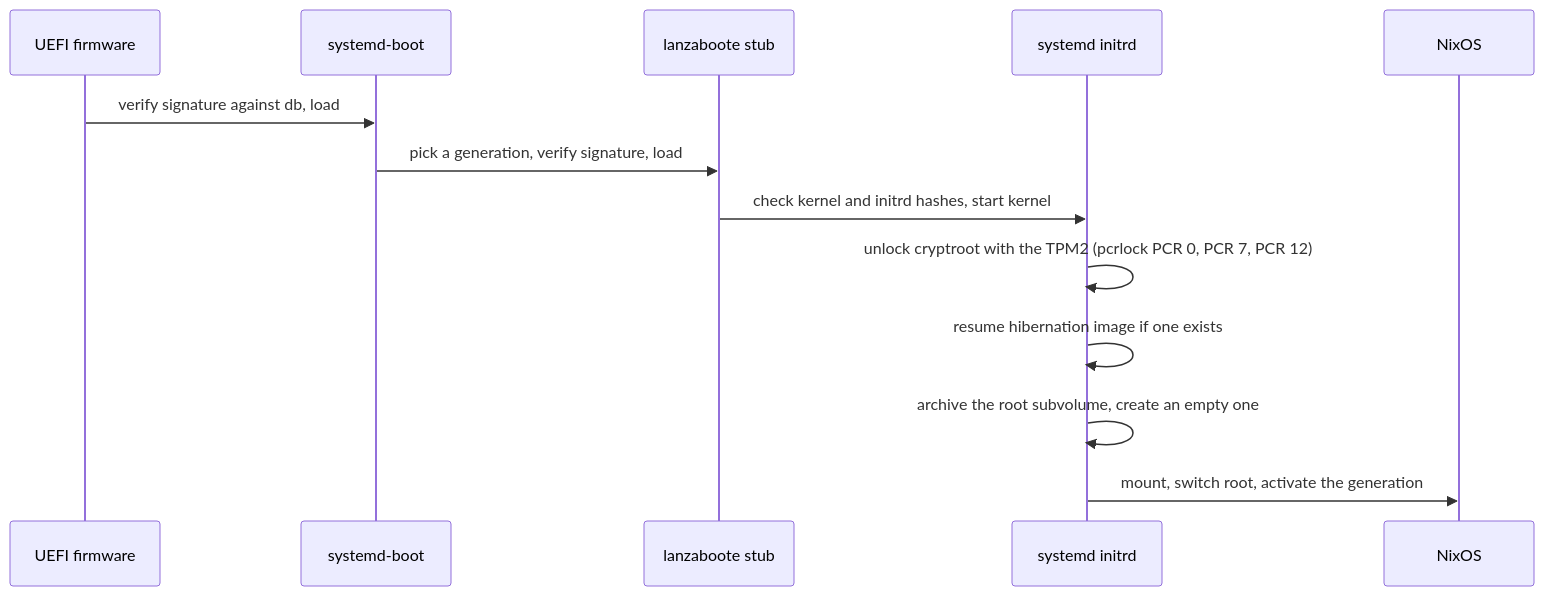
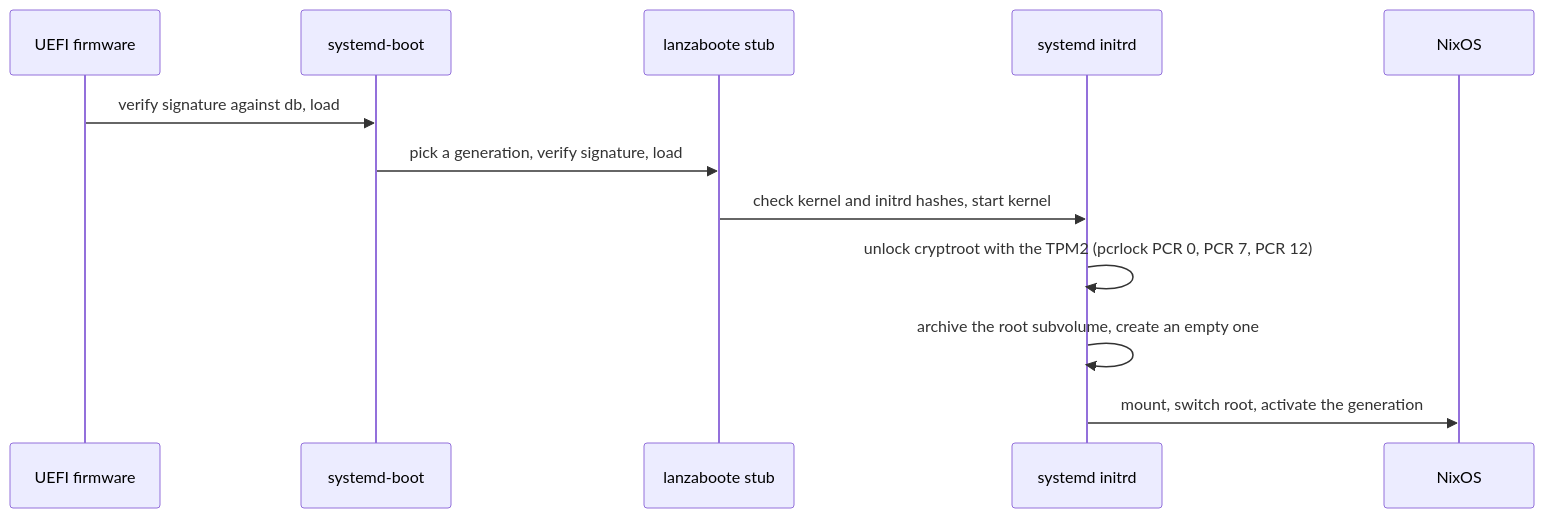
One commit to Mowsoon/nixos_config changed the diagram in docs/architecture/boot-chain.md. Above: the diagram before and after it, drawn with Mermaid. The commit also changed other lines of this file and 33 other files, not shown here.

````diff
--- a/docs/architecture/boot-chain.md
+++ b/docs/architecture/boot-chain.md
@@ -9,15 +9,14 @@
 ```mermaid
 sequenceDiagram
   participant FW as UEFI firmware
   participant SB as systemd-boot
   participant ST as lanzaboote stub
   participant IR as systemd initrd
   participant OS as NixOS
   FW->>SB: verify signature against db, load
   SB->>ST: pick a generation, verify signature, load
   ST->>IR: check kernel and initrd hashes, start kernel
   IR->>IR: unlock cryptroot with the TPM2 (pcrlock PCR 0, PCR 7, PCR 12)
-  IR->>IR: resume hibernation image if one exists
   IR->>IR: archive the root subvolume, create an empty one
   IR->>OS: mount, switch root, activate the generation
 ```
````
